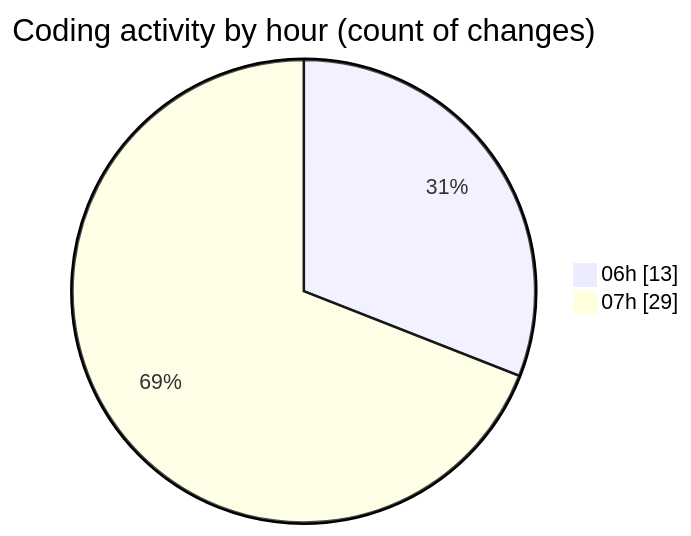
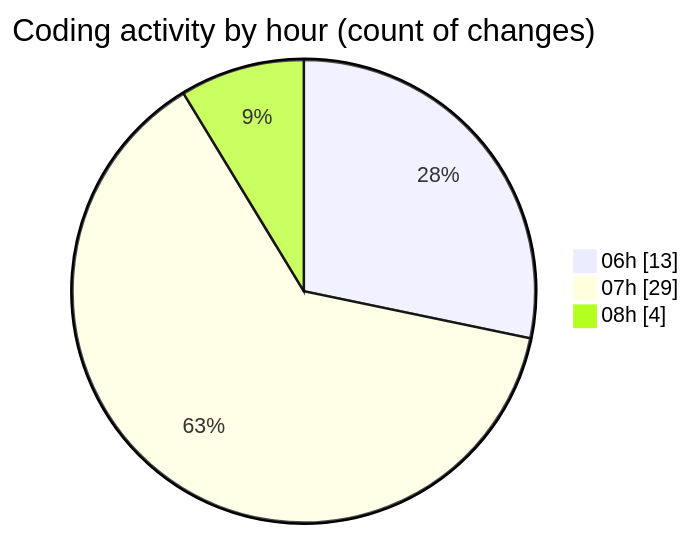
Before and after one commit to robertbonfada/code-tracking: the second of 2 diagrams in 2025-01-21/mbc-web/README.md, drawn with Mermaid. The commit also changed other lines of this file and 1 other file, not shown here.

````diff
--- a/2025-01-21/mbc-web/README.md
+++ b/2025-01-21/mbc-web/README.md
@@ -42,6 +42,7 @@
 ```mermaid
 pie showData
 title Coding activity by hour (count of changes)
 "06h" : 13
 "07h" : 29
+"08h" : 4
 ```
````
